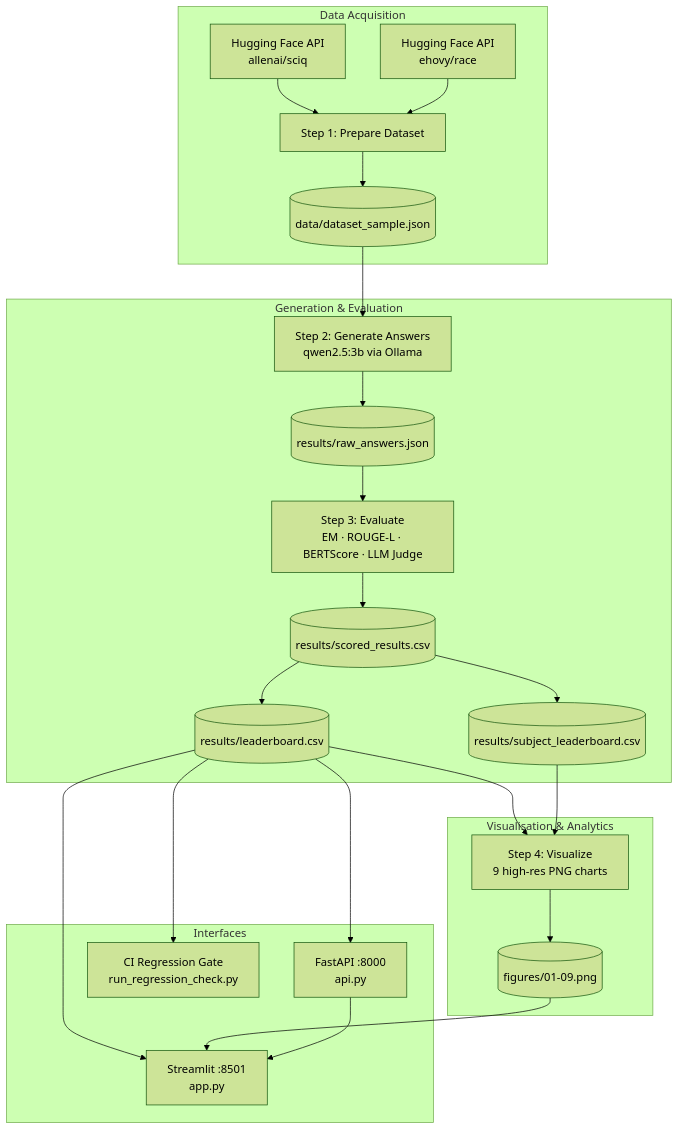
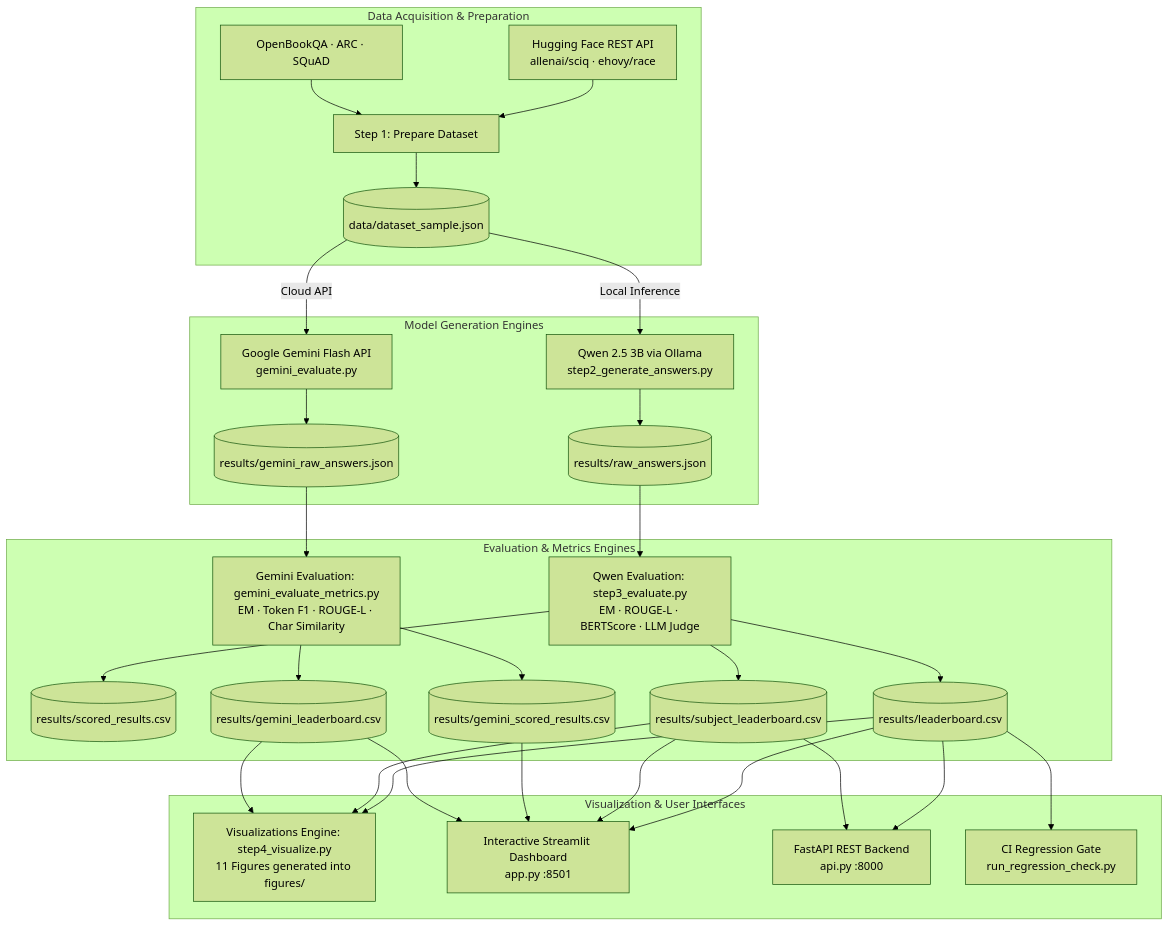
Before and after one commit to itsankan16/Edulab: the diagram in README.md, drawn with Mermaid (forest theme). The commit also changed other lines of this file and 10 other files, not shown here.

Commit message:
feat: integrate Google Gemini evaluation, unify symmetrical dashboard analytics, and update README

````diff
--- a/README.md
+++ b/README.md
@@ -39,29 +40,32 @@
 ```mermaid
 flowchart TD
-    subgraph "Data Acquisition"
-        A1[Hugging Face API\nallenai/sciq] --> B1
-        A2[Hugging Face API\nehovy/race] --> B1
+    subgraph "Data Acquisition & Preparation"
+        A1[Hugging Face REST API\nallenai/sciq · ehovy/race] --> B1
+        A2[OpenBookQA · ARC · SQuAD] --> B1
         B1[Step 1: Prepare Dataset] --> C1[(data/dataset_sample.json)]
     end
 
-    subgraph "Generation & Evaluation"
-        C1 --> D1[Step 2: Generate Answers\nqwen2.5:3b via Ollama]
+    subgraph "Model Generation Engines"
+        C1 -->|Local Inference| D1[Qwen 2.5 3B via Ollama\nstep2_generate_answers.py]
+        C1 -->|Cloud API| D2[Google Gemini Flash API\ngemini_evaluate.py]
         D1 --> E1[(results/raw_answers.json)]
-        E1 --> F1[Step 3: Evaluate\nEM · ROUGE-L · BERTScore · LLM Judge]
-        F1 --> G1[(results/scored_results.csv)]
-        G1 --> H1[(results/leaderboard.csv)]
-        G1 --> H2[(results/subject_leaderboard.csv)]
+        D2 --> E2[(results/gemini_raw_answers.json)]
     end
 
-    subgraph "Visualisation & Analytics"
-        H1 & H2 --> I1[Step 4: Visualize\n9 high-res PNG charts]
-        I1 --> J1[(figures/01-09.png)]
+    subgraph "Evaluation & Metrics Engines"
+        E1 --> F1[Qwen Evaluation: step3_evaluate.py\nEM · ROUGE-L · BERTScore · LLM Judge]
+        E2 --> F2[Gemini Evaluation: gemini_evaluate_metrics.py\nEM · Token F1 · ROUGE-L · Char Similarity]
+        F1 --> G1[(results/scored_results.csv)]
+        F1 --> G2[(results/leaderboard.csv)]
+        F1 --> G3[(results/subject_leaderboard.csv)]
+        F2 --> G4[(results/gemini_scored_results.csv)]
+        F2 --> G5[(results/gemini_leaderboard.csv)]
     end
 
-    subgraph "Interfaces"
-        H1 --> K1[FastAPI :8000\napi.py]
-        H1 & J1 --> K2[Streamlit :8501\napp.py]
-        K1 --> K2
-        H1 --> K3[CI Regression Gate\nrun_regression_check.py]
+    subgraph "Visualization & User Interfaces"
+        G2 & G3 & G5 --> H1[Visualizations Engine: step4_visualize.py\n11 Figures generated into figures/]
+        G2 & G3 & G4 & G5 --> H2[Interactive Streamlit Dashboard\napp.py :8501]
+        G2 & G3 --> H3[FastAPI REST Backend\napi.py :8000]
+        G2 --> H4[CI Regression Gate\nrun_regression_check.py]
     end
 ```
````
